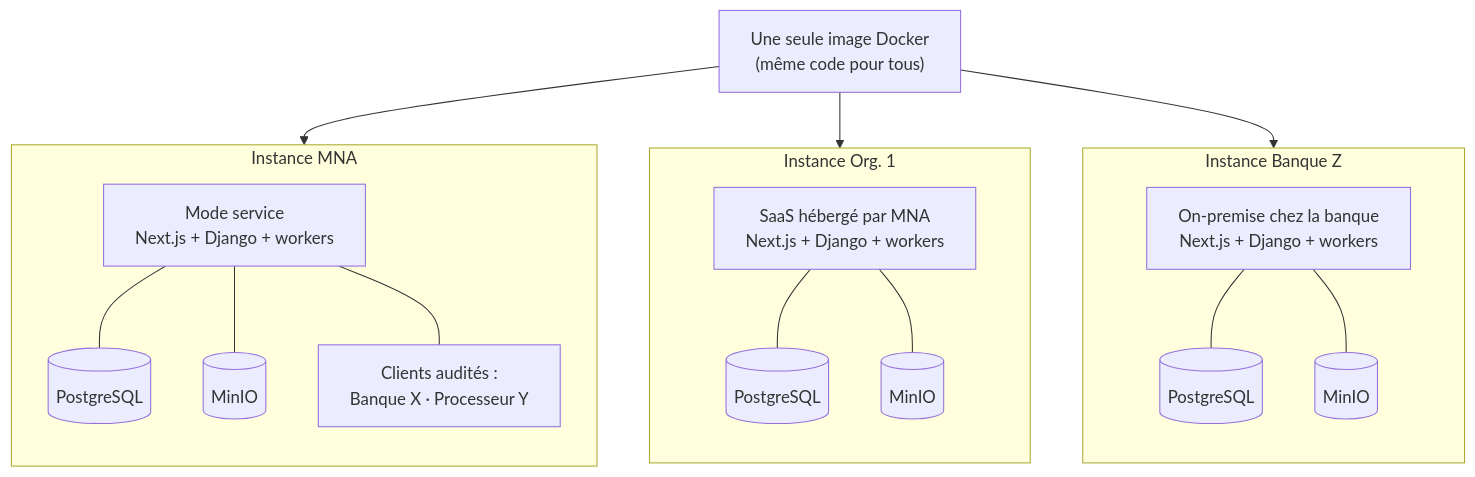
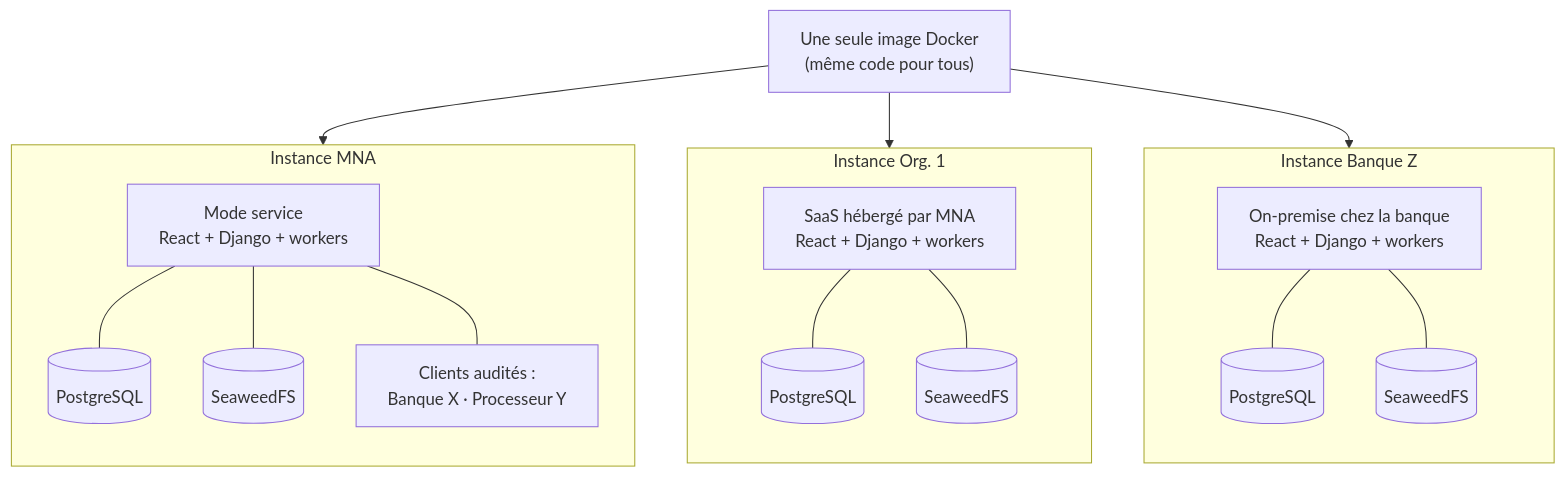
The fourth of 9 diagrams in memoire/choix_techniques_chapitre.md (arixstoo/PFE), drawn with Mermaid before and after one commit. The commit also changed other lines of this file and 15 other files, not shown here.

````diff
--- a/memoire/choix_techniques_chapitre.md
+++ b/memoire/choix_techniques_chapitre.md
@@ -169,33 +168,33 @@
 ```mermaid
 flowchart TB
     IMG["Une seule image Docker<br/>(même code pour tous)"]
     IMG --> I1
     IMG --> I2
     IMG --> I3
     subgraph I1["Instance MNA"]
         direction TB
-        A1["Mode service<br/>Next.js + Django + workers"]
+        A1["Mode service<br/>React + Django + workers"]
         A2[("PostgreSQL")]
-        A3[("MinIO")]
+        A3[("SeaweedFS")]
         A4["Clients audités :<br/>Banque X · Processeur Y"]
         A1 --- A2
         A1 --- A3
         A1 --- A4
     end
     subgraph I2["Instance Org. 1"]
         direction TB
-        B1["SaaS hébergé par MNA<br/>Next.js + Django + workers"]
+        B1["SaaS hébergé par MNA<br/>React + Django + workers"]
         B2[("PostgreSQL")]
-        B3[("MinIO")]
+        B3[("SeaweedFS")]
         B1 --- B2
         B1 --- B3
     end
     subgraph I3["Instance Banque Z"]
         direction TB
-        C1["On-premise chez la banque<br/>Next.js + Django + workers"]
+        C1["On-premise chez la banque<br/>React + Django + workers"]
         C2[("PostgreSQL")]
-        C3[("MinIO")]
+        C3[("SeaweedFS")]
         C1 --- C2
         C1 --- C3
     end
 ```
````
